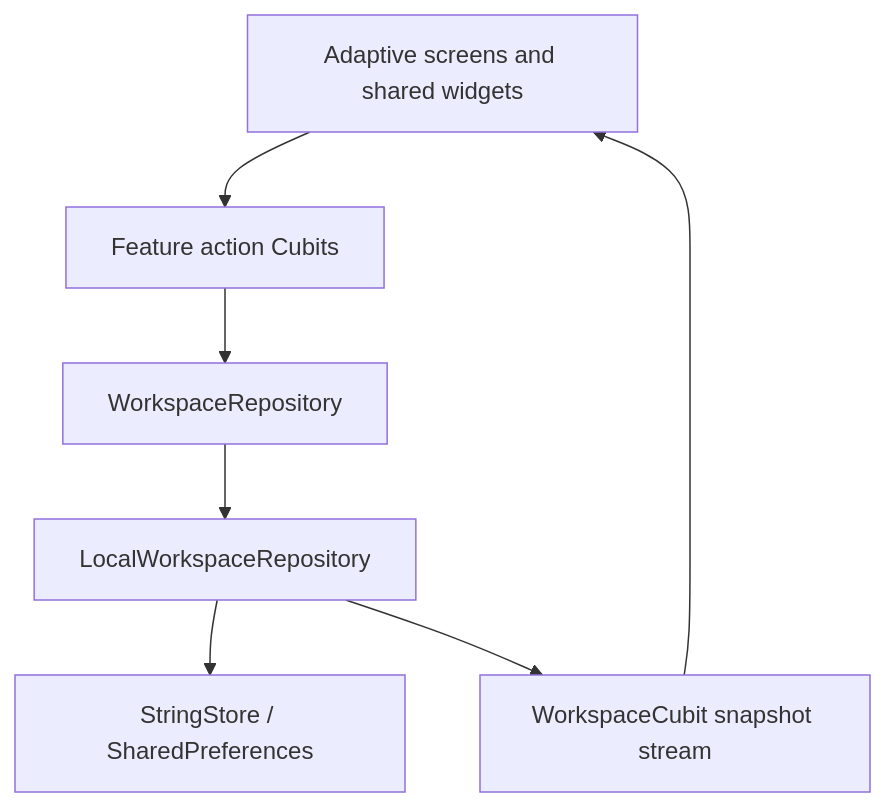
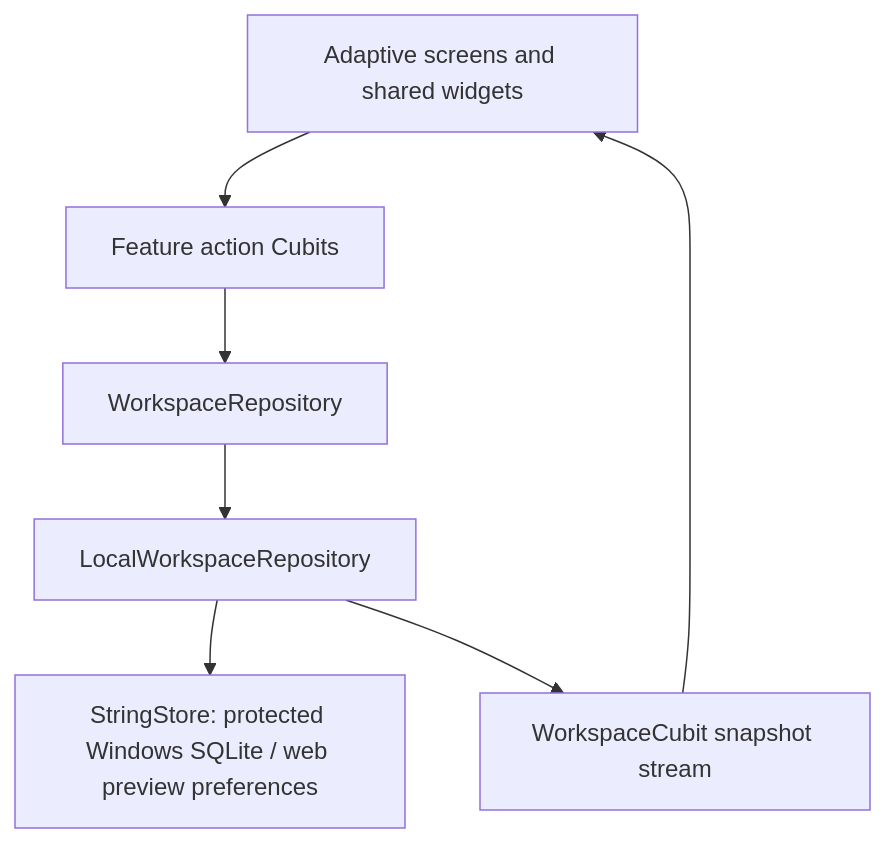
The diagram in README.md (Desha29/NewCare), drawn with Mermaid before and after one commit. The commit also changed other lines of this file and 129 other files, not shown here.

````diff
--- a/README.md
+++ b/README.md
@@ -39,9 +39,9 @@
 ```mermaid
 flowchart TD
   UI[Adaptive screens and shared widgets] --> Cubit[Feature action Cubits]
   Cubit --> Contract[WorkspaceRepository]
   Contract --> Local[LocalWorkspaceRepository]
-  Local --> Store[StringStore / SharedPreferences]
+  Local --> Store[StringStore: protected Windows SQLite / web preview preferences]
   Local --> Stream[WorkspaceCubit snapshot stream]
   Stream --> UI
 ```
````
